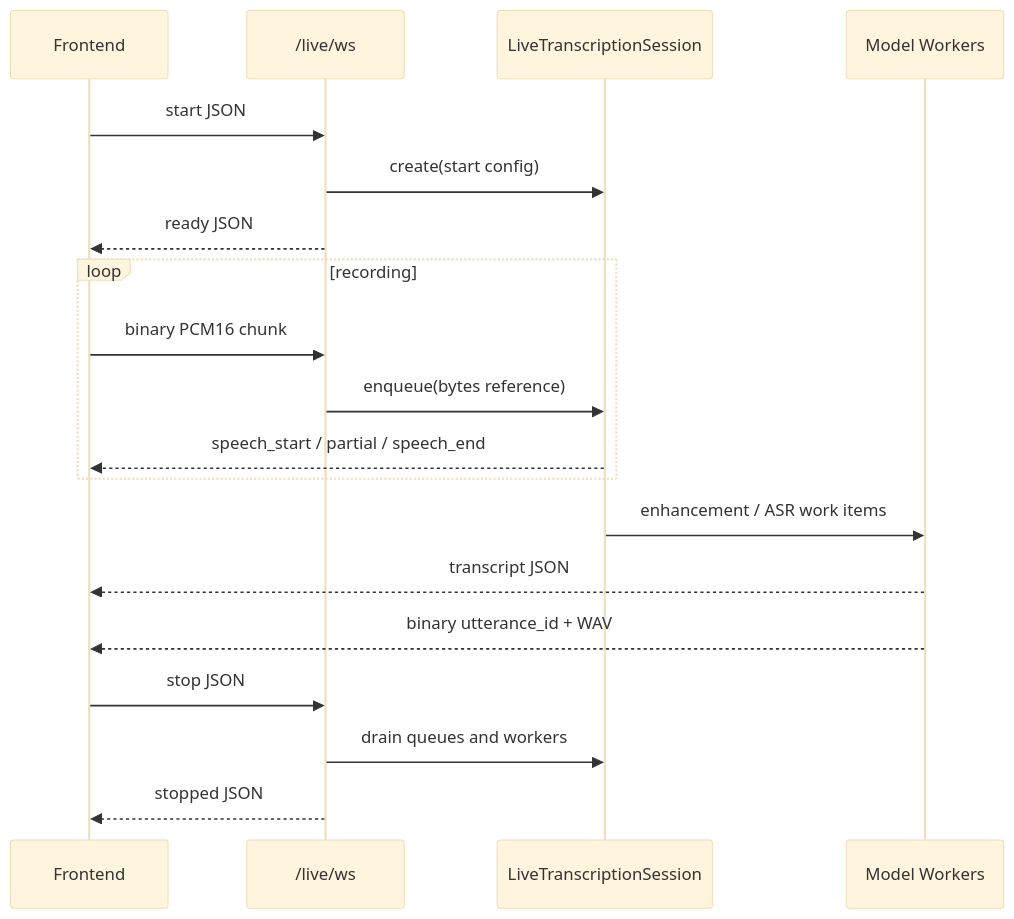
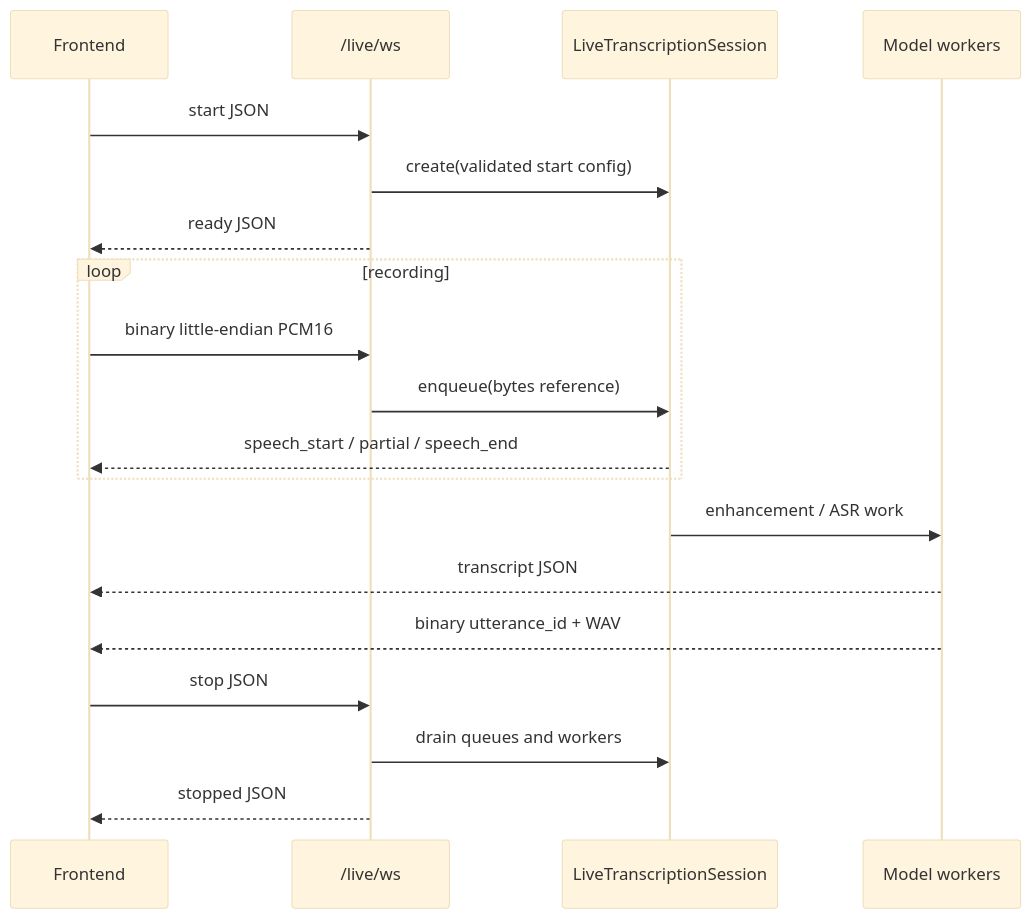
Before and after one commit to devilyouwei/hugging-mac: the third of 6 diagrams in apps/web/backend/src/hugging_mac_web/live_transcription/README.md, drawn with Mermaid (base theme). The commit also changed other lines of this file and 93 other files, not shown here.

````diff
--- a/apps/web/backend/src/hugging_mac_web/live_transcription/README.md
+++ b/apps/web/backend/src/hugging_mac_web/live_transcription/README.md
@@ -99,22 +118,22 @@
 ```mermaid
 sequenceDiagram
     participant F as Frontend
     participant W as /live/ws
     participant S as LiveTranscriptionSession
-    participant M as Model Workers
+    participant M as Model workers
 
     F->>W: start JSON
-    W->>S: create(start config)
+    W->>S: create(validated start config)
     W-->>F: ready JSON
     loop recording
-        F->>W: binary PCM16 chunk
+        F->>W: binary little-endian PCM16
         W->>S: enqueue(bytes reference)
         S-->>F: speech_start / partial / speech_end
     end
-    S->>M: enhancement / ASR work items
+    S->>M: enhancement / ASR work
     M-->>F: transcript JSON
     M-->>F: binary utterance_id + WAV
     F->>W: stop JSON
     W->>S: drain queues and workers
     W-->>F: stopped JSON
 ```
````
